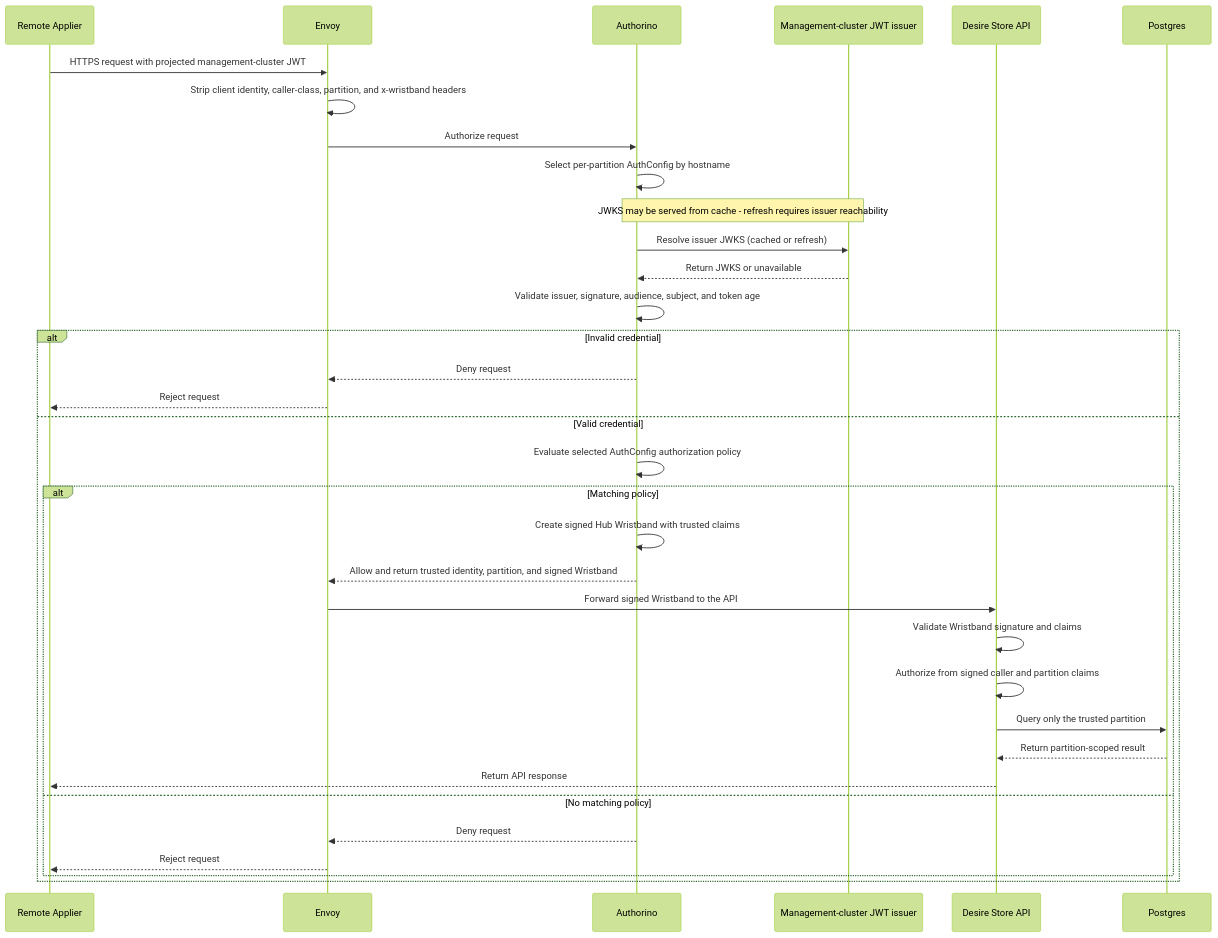
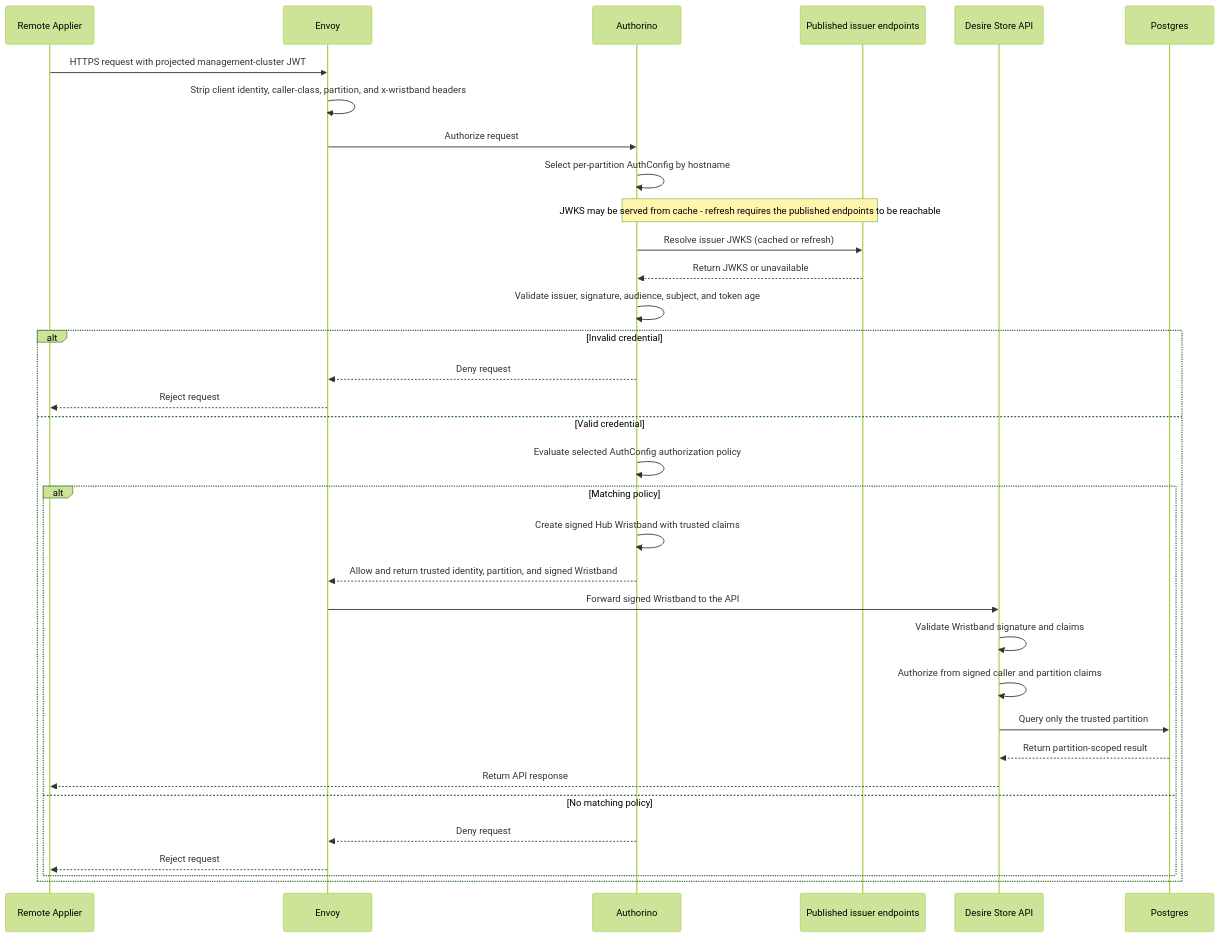
Before and after one commit to openshift-hyperfleet/architecture: the second of 2 diagrams in hyperfleet/docs/desire-store-hld.md, drawn with Mermaid (forest theme). The commit also changed other lines of this file and 6 other files, not shown here.

````diff
--- a/hyperfleet/docs/desire-store-hld.md
+++ b/hyperfleet/docs/desire-store-hld.md
@@ -76,37 +80,37 @@
 ```mermaid
 sequenceDiagram
     participant AP as Remote Applier
     participant ENV as Envoy
     participant AUTH as Authorino
-    participant MCISS as Management-cluster JWT issuer
+    participant ISS as Published issuer endpoints
     participant API as Desire Store API
     participant PG as Postgres
 
     AP->>ENV: HTTPS request with projected management-cluster JWT
     ENV->>ENV: Strip client identity, caller-class, partition, and x-wristband headers
     ENV->>AUTH: Authorize request
     AUTH->>AUTH: Select per-partition AuthConfig by hostname
-    Note over AUTH, MCISS: JWKS may be served from cache - refresh requires issuer reachability
-    AUTH->>MCISS: Resolve issuer JWKS (cached or refresh)
-    MCISS-->>AUTH: Return JWKS or unavailable
+    Note over AUTH, ISS: JWKS may be served from cache - refresh requires the published endpoints to be reachable
+    AUTH->>ISS: Resolve issuer JWKS (cached or refresh)
+    ISS-->>AUTH: Return JWKS or unavailable
     AUTH->>AUTH: Validate issuer, signature, audience, subject, and token age
     alt Invalid credential
         AUTH-->>ENV: Deny request
         ENV-->>AP: Reject request
     else Valid credential
         AUTH->>AUTH: Evaluate selected AuthConfig authorization policy
         alt Matching policy
             AUTH->>AUTH: Create signed Hub Wristband with trusted claims
             AUTH-->>ENV: Allow and return trusted identity, partition, and signed Wristband
             ENV->>API: Forward signed Wristband to the API
             API->>API: Validate Wristband signature and claims
             API->>API: Authorize from signed caller and partition claims
             API->>PG: Query only the trusted partition
             PG-->>API: Return partition-scoped result
             API-->>AP: Return API response
         else No matching policy
             AUTH-->>ENV: Deny request
             ENV-->>AP: Reject request
         end
     end
 ```
````
